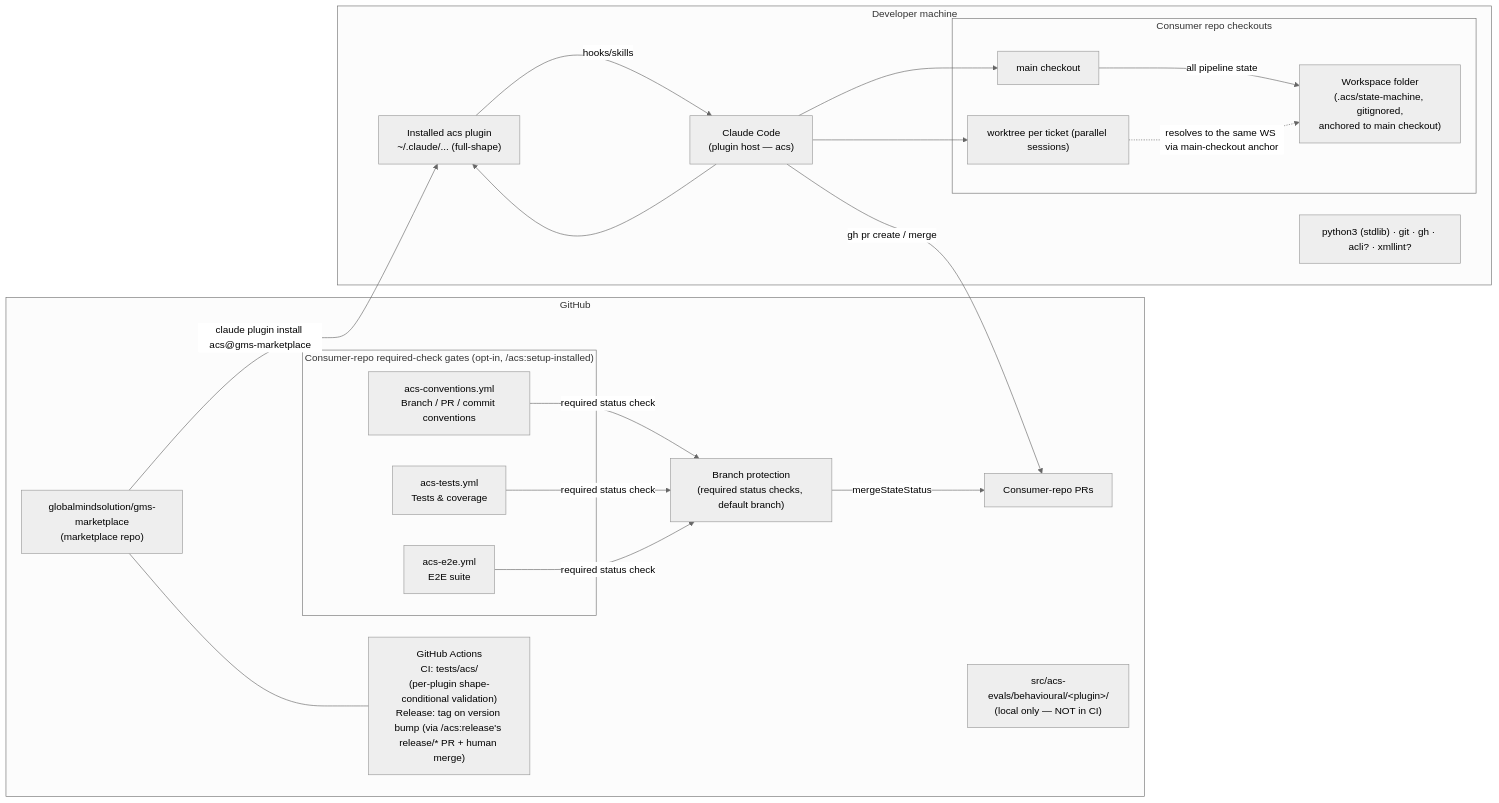
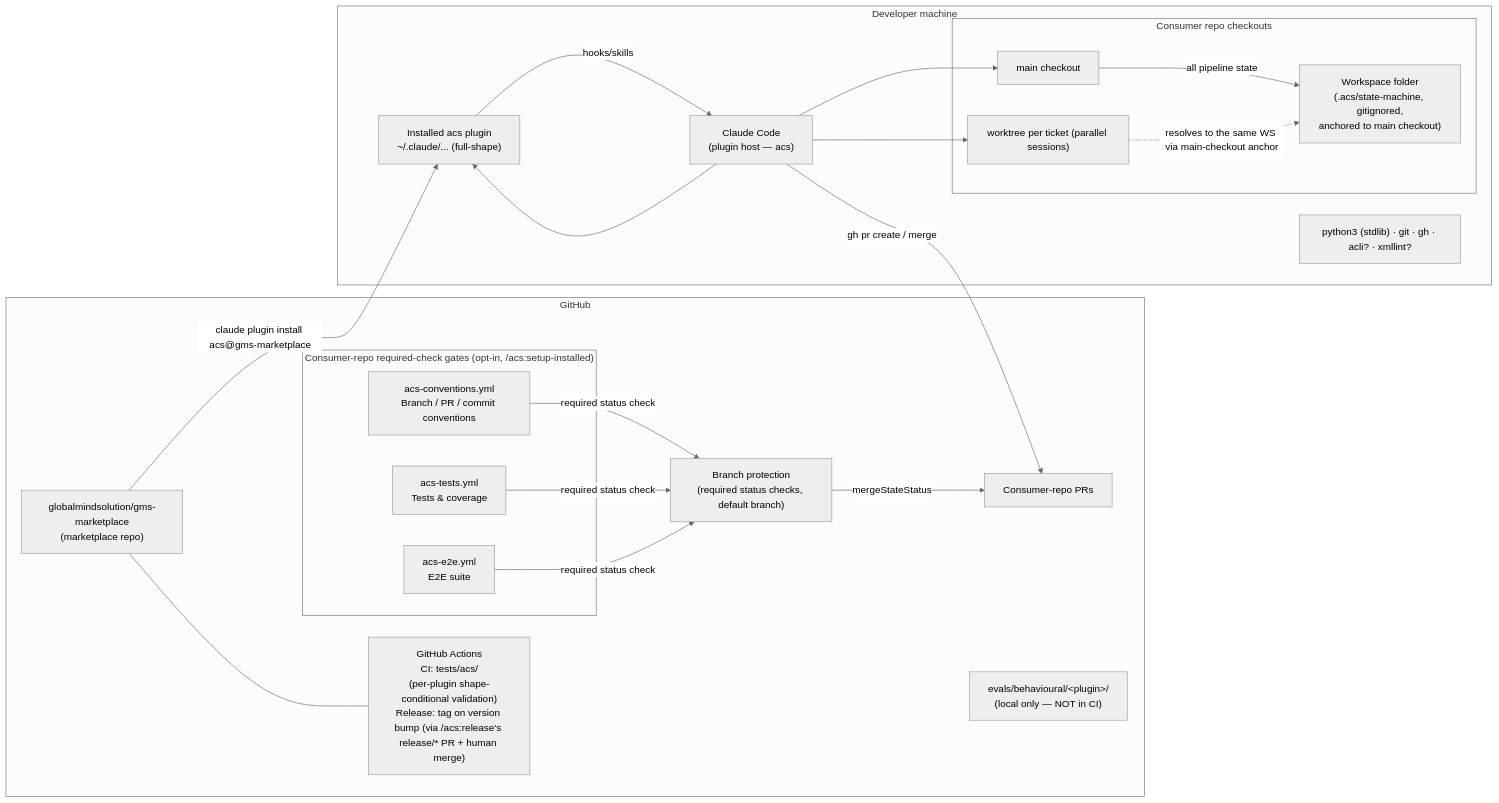
Before and after one commit to globalmindsolution/gms-marketplace: the diagram in docs/architecture/hld/deployment.md, drawn with Mermaid (neutral theme). The commit also changed other lines of this file and 31 other files, not shown here.

````diff
--- a/docs/architecture/hld/deployment.md
+++ b/docs/architecture/hld/deployment.md
@@ -3,37 +3,37 @@
 ```mermaid
 flowchart LR
     subgraph github["GitHub"]
         MR["globalmindsolution/gms-marketplace<br/>(marketplace repo)"]
         ACT["GitHub Actions<br/>CI: tests/acs/<br/>(per-plugin shape-conditional validation)<br/>Release: tag on version bump (via /acs:release's release/* PR + human merge)"]
         PRS["Consumer-repo PRs"]
-        EVALS["src/acs-evals/behavioural/&lt;plugin&gt;/<br/>(local only — NOT in CI)"]
+        EVALS["evals/behavioural/&lt;plugin&gt;/<br/>(local only — NOT in CI)"]
         subgraph gates["Consumer-repo required-check gates (opt-in, /acs:setup-installed)"]
             G_CONV["acs-conventions.yml<br/>Branch / PR / commit conventions"]
             G_TEST["acs-tests.yml<br/>Tests & coverage"]
             G_E2E["acs-e2e.yml<br/>E2E suite"]
         end
         BP["Branch protection<br/>(required status checks, default branch)"]
     end
 
     subgraph machine["Developer machine"]
         CC["Claude Code<br/>(plugin host — acs)"]
         PI_ACS["Installed acs plugin<br/>~/.claude/... (full-shape)"]
         subgraph checkouts["Consumer repo checkouts"]
             CO1["main checkout"]
             CO2["worktree per ticket (parallel sessions)"]
             WS["Workspace folder<br/>(.acs/state-machine, gitignored,<br/>anchored to main checkout)"]
         end
         PY["python3 (stdlib) · git · gh · acli? · xmllint?"]
     end
 
     MR -- "claude plugin install acs@gms-marketplace" --> PI_ACS
     MR --- ACT
     CC --> PI_ACS
     PI_ACS -- hooks/skills --> CC
     CC --> CO1 & CO2
     CO1 -- "all pipeline state" --> WS
     CO2 -. "resolves to the same WS via main-checkout anchor" .-> WS
     CC -- "gh pr create / merge" --> PRS
     G_CONV & G_TEST & G_E2E -- "required status check" --> BP
     BP -- "mergeStateStatus" --> PRS
 ```
````
